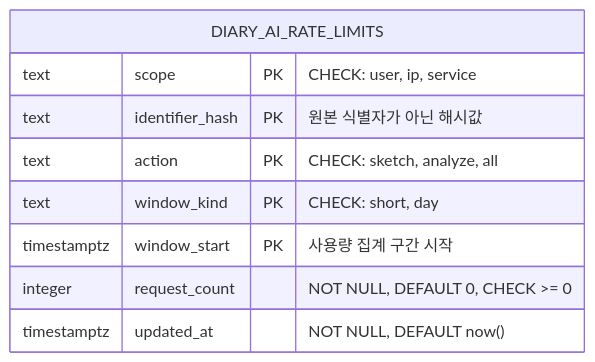
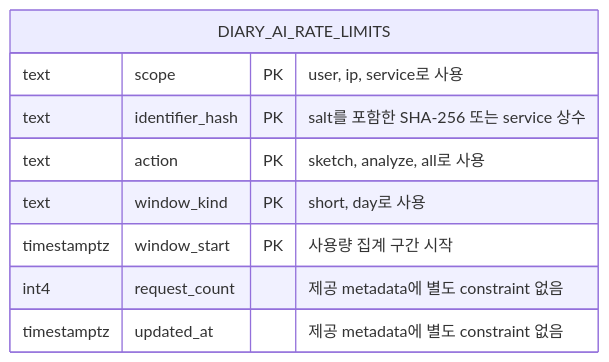
The diagram in docs/erd.md (SummerVacationDiaryTMD/Summer_Vacation_Diary), drawn with Mermaid before and after one commit. The commit also changed other lines of this file and 25 other files, not shown here.

````diff
--- a/docs/erd.md
+++ b/docs/erd.md
@@ -13,12 +13,12 @@
 ```mermaid
 erDiagram
     DIARY_AI_RATE_LIMITS {
-        text scope PK "CHECK: user, ip, service"
-        text identifier_hash PK "원본 식별자가 아닌 해시값"
-        text action PK "CHECK: sketch, analyze, all"
-        text window_kind PK "CHECK: short, day"
+        text scope PK "user, ip, service로 사용"
+        text identifier_hash PK "salt를 포함한 SHA-256 또는 service 상수"
+        text action PK "sketch, analyze, all로 사용"
+        text window_kind PK "short, day로 사용"
         timestamptz window_start PK "사용량 집계 구간 시작"
-        integer request_count "NOT NULL, DEFAULT 0, CHECK >= 0"
-        timestamptz updated_at "NOT NULL, DEFAULT now()"
+        int4 request_count "제공 metadata에 별도 constraint 없음"
+        timestamptz updated_at "제공 metadata에 별도 constraint 없음"
     }
 ```
````
